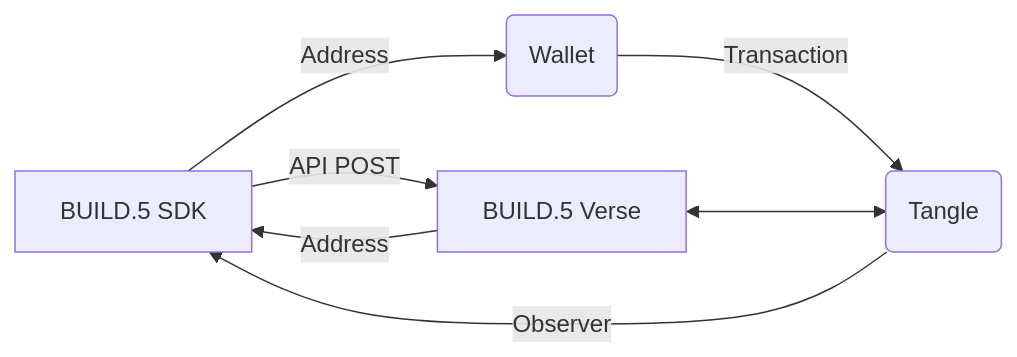
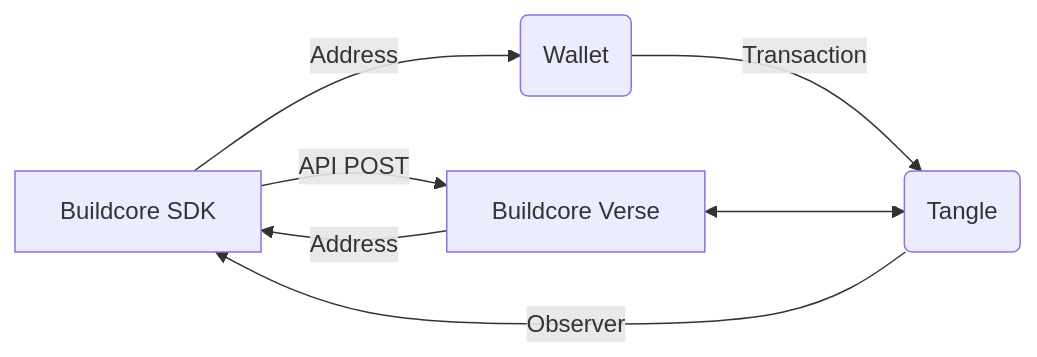
The second of 2 diagrams in docs/docs/getting-started.mdx (buildcore-io/core), drawn with Mermaid before and after one commit. The commit also changed other lines of this file and 17 other files, not shown here.

Commit message:
Rename build.5 to buildcore

````diff
--- a/docs/docs/getting-started.mdx
+++ b/docs/docs/getting-started.mdx
@@ -72,8 +72,8 @@
 ```mermaid
 flowchart LR
-    A[BUILD.5 SDK] --> |API POST| D[BUILD.5 Verse] --> |Address| A
+    A[Buildcore SDK] --> |API POST| D[Buildcore Verse] --> |Address| A
     A --> |Address| B
     C(Tangle) --> |Observer| A
     B(Wallet) --> |Transaction| C
     D <--> C
 ```
````
